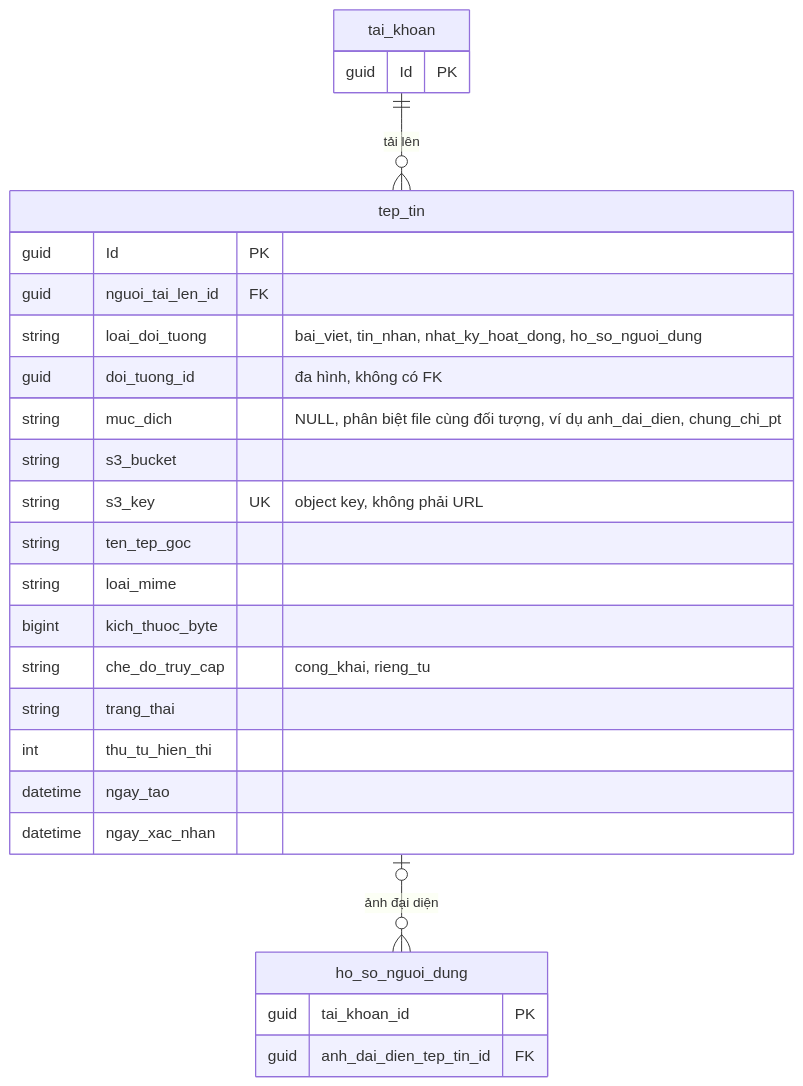
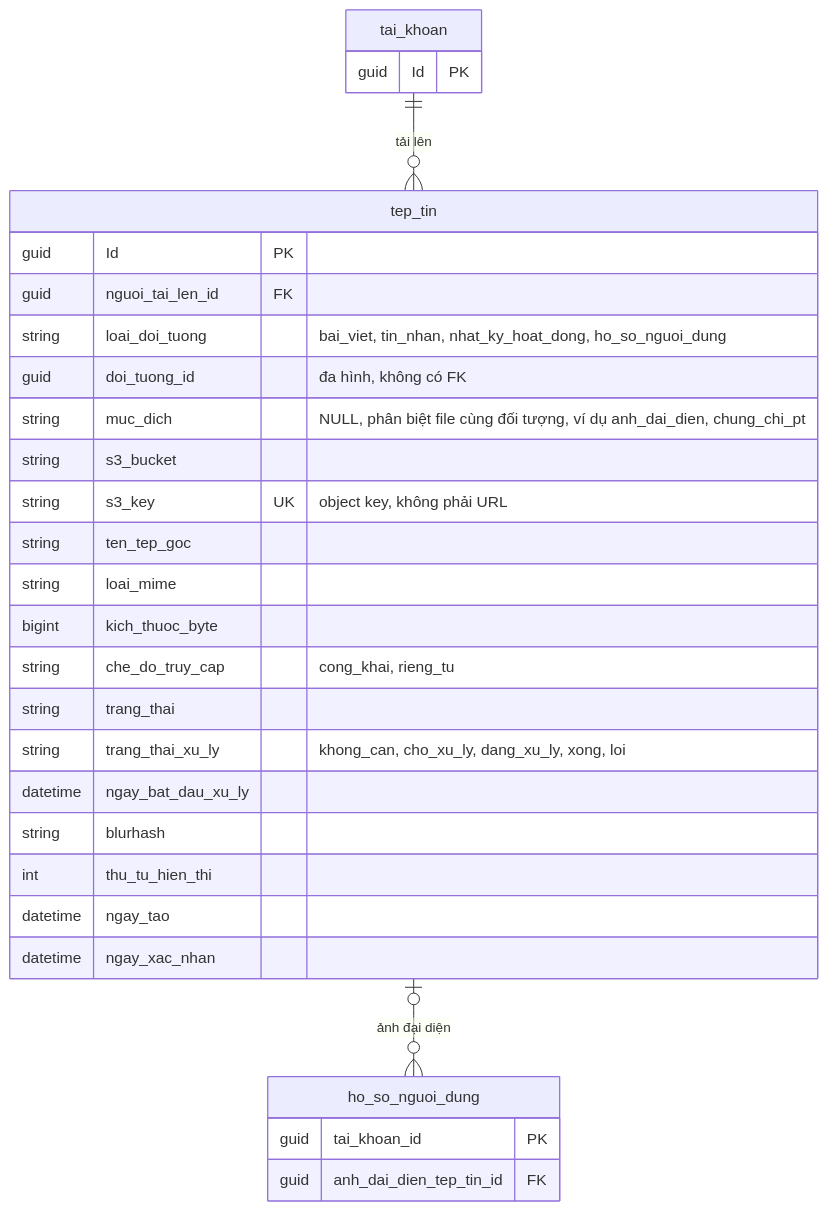
The first of 3 diagrams in database/diagrams/02-tep-tin.md (ngongochuy2003/GymBase), drawn with Mermaid before and after one commit. The commit also changed other lines of this file and 2 other files, not shown here.

First line of the commit message:
docs(architecture): ghi trạng thái triển khai upload file, xử lý nền và cách chạy dev với điện thoại

````diff
--- a/database/diagrams/02-tep-tin.md
+++ b/database/diagrams/02-tep-tin.md
@@ -5,30 +5,33 @@
 ```mermaid
 erDiagram
     tai_khoan ||--o{ tep_tin : "tải lên"
     tep_tin |o--o{ ho_so_nguoi_dung : "ảnh đại diện"
 
     tep_tin {
         guid Id PK
         guid nguoi_tai_len_id FK
         string loai_doi_tuong "bai_viet, tin_nhan, nhat_ky_hoat_dong, ho_so_nguoi_dung"
         guid doi_tuong_id "đa hình, không có FK"
         string muc_dich "NULL, phân biệt file cùng đối tượng, ví dụ anh_dai_dien, chung_chi_pt"
         string s3_bucket
         string s3_key UK "object key, không phải URL"
         string ten_tep_goc
         string loai_mime
         bigint kich_thuoc_byte
         string che_do_truy_cap "cong_khai, rieng_tu"
         string trang_thai
+        string trang_thai_xu_ly "khong_can, cho_xu_ly, dang_xu_ly, xong, loi"
+        datetime ngay_bat_dau_xu_ly
+        string blurhash
         int thu_tu_hien_thi
         datetime ngay_tao
         datetime ngay_xac_nhan
     }
     tai_khoan {
         guid Id PK
     }
     ho_so_nguoi_dung {
         guid tai_khoan_id PK
         guid anh_dai_dien_tep_tin_id FK
     }
 ```
````
